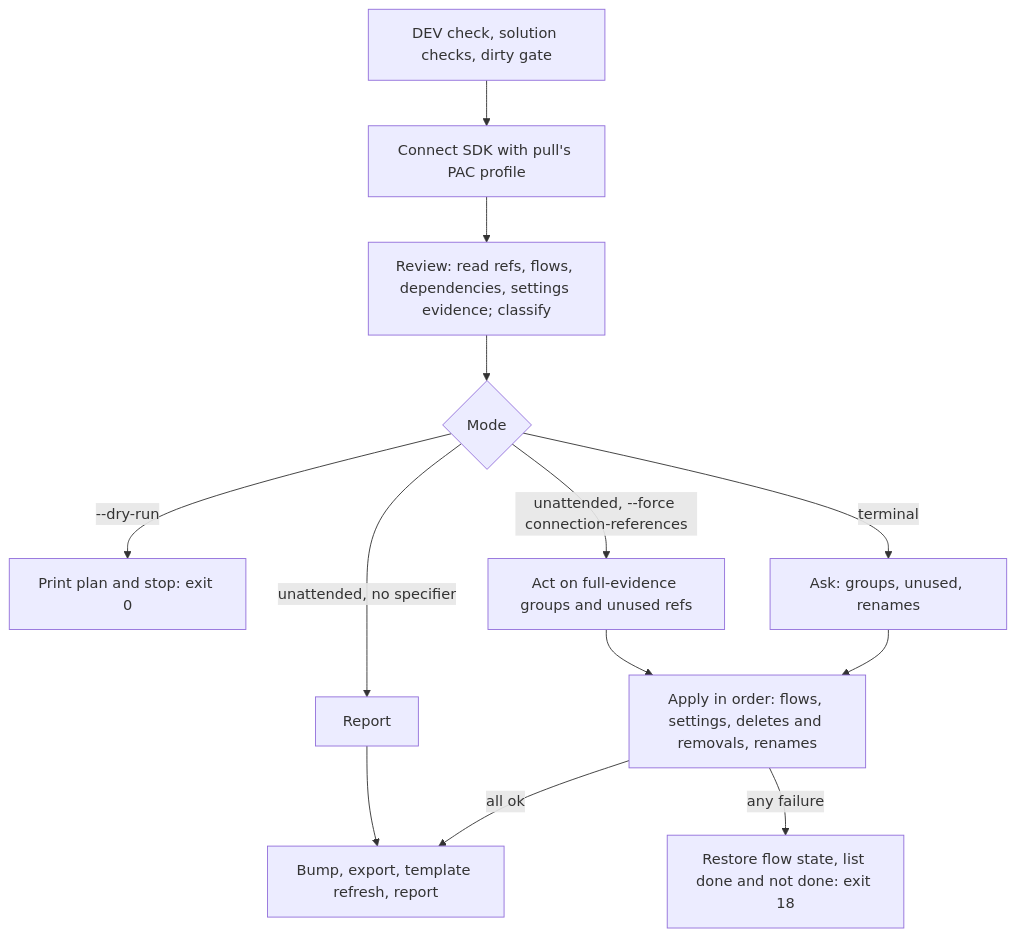
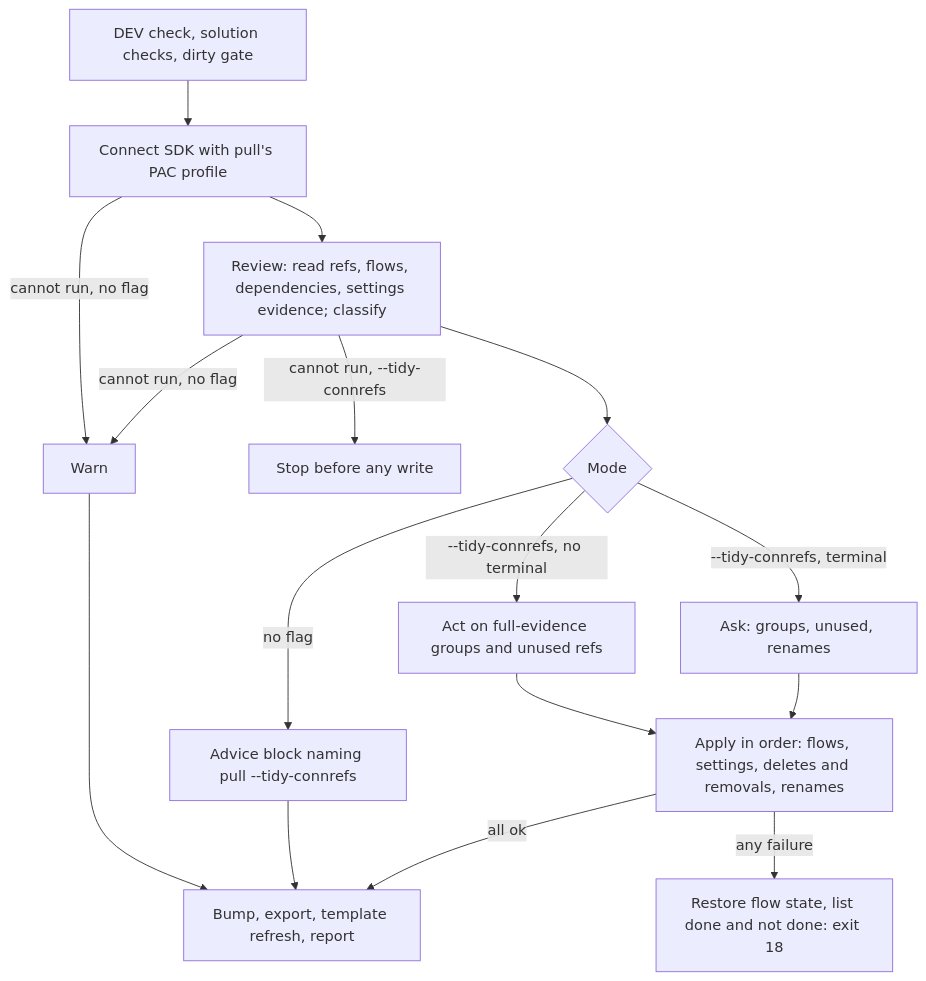
Before and after one commit to RemyDuijkeren/Flowline: the first of 2 diagrams in docs/plans/2026-11-23-1850-feat-pull-connection-reference-cleanup-plan.md, drawn with Mermaid. The commit also changed other lines of this file, not shown here.

First line of the commit message:
docs: make pull connection reference cleanup opt-in via --tidy-connrefs

````diff
--- a/docs/plans/2026-11-23-1850-feat-pull-connection-reference-cleanup-plan.md
+++ b/docs/plans/2026-11-23-1850-feat-pull-connection-reference-cleanup-plan.md
@@ -180,15 +189,18 @@
 ```mermaid
 flowchart TB
   A[DEV check, solution checks, dirty gate] --> B[Connect SDK with pull's PAC profile]
   B --> C[Review: read refs, flows, dependencies, settings evidence; classify]
+  B -->|cannot run, no flag| W[Warn]
+  C -->|cannot run, no flag| W
+  C -->|cannot run, --tidy-connrefs| X[Stop before any write]
+  W --> J
   C --> D{Mode}
-  D -->|--dry-run| E[Print plan and stop: exit 0]
-  D -->|unattended, no specifier| F[Report]
-  D -->|unattended, --force connection-references| G[Act on full-evidence groups and unused refs]
-  D -->|terminal| H[Ask: groups, unused, renames]
+  D -->|no flag| F[Advice block naming pull --tidy-connrefs]
+  D -->|--tidy-connrefs, no terminal| G[Act on full-evidence groups and unused refs]
+  D -->|--tidy-connrefs, terminal| H[Ask: groups, unused, renames]
   G --> I[Apply in order: flows, settings, deletes and removals, renames]
   H --> I
   F --> J[Bump, export, template refresh, report]
   I -->|all ok| J
   I -->|any failure| K[Restore flow state, list done and not done: exit 18]
 ```
````
